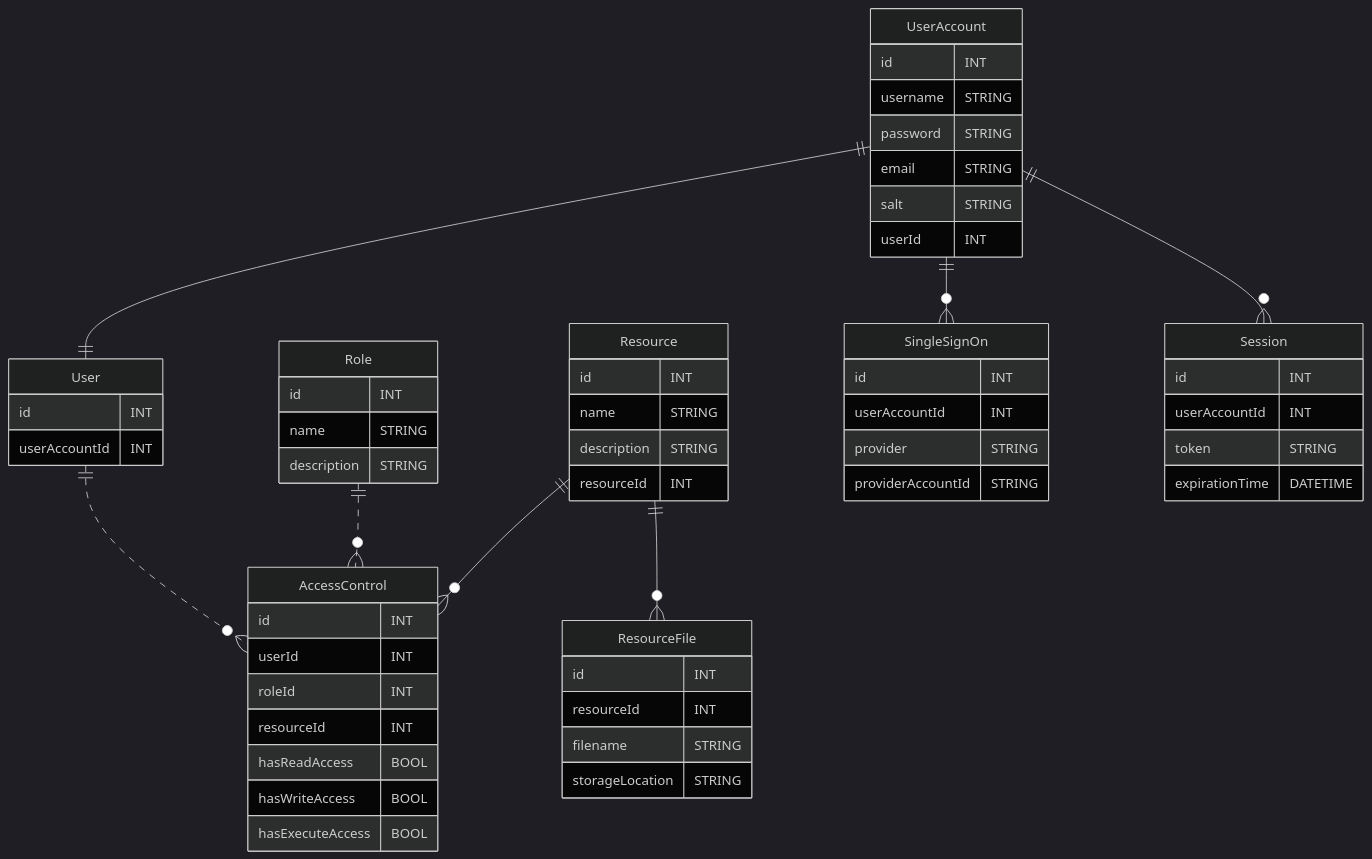
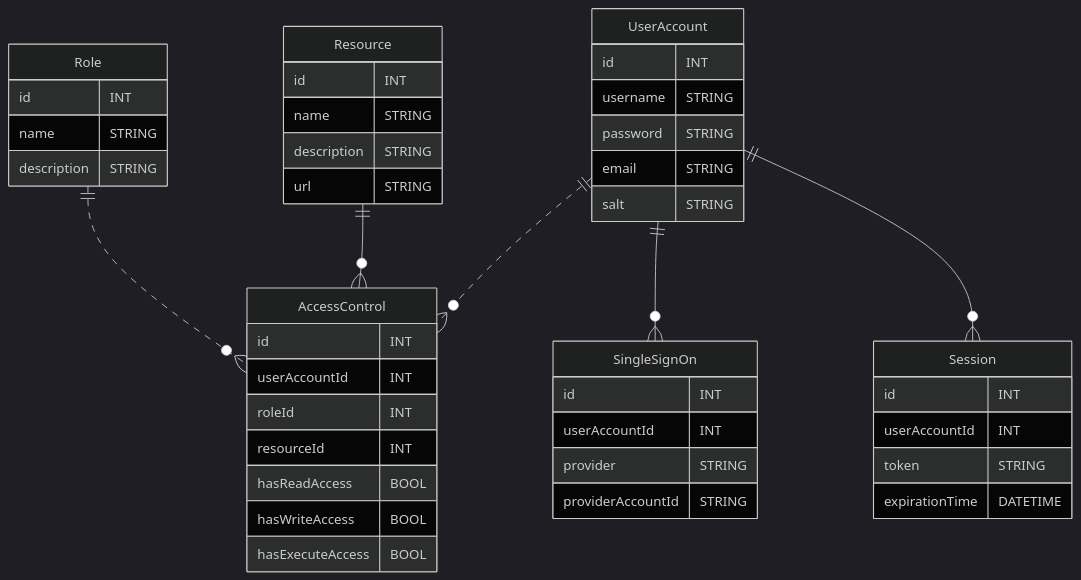
One commit to karekauan/communiserve changed the diagram in acl/docs/data-model.md. Above: the diagram before and after it, drawn with Mermaid (dark theme).

Commit message:
docs: improve data model

````diff
--- a/acl/docs/data-model.md
+++ b/acl/docs/data-model.md
@@ -1,68 +1,53 @@
 ```mermaid
 erDiagram
-  User {
-    id INT
-    userAccountId INT
-  }
-
   UserAccount {
     id INT
     username STRING
     password STRING
     email STRING
     salt STRING
-    userId INT
   }
 
   Role {
     id INT
     name STRING
     description STRING
   }
 
   Resource {
     id INT
     name STRING
     description STRING
-    resourceId INT
+    url STRING
   }
 
   AccessControl {
     id INT
-    userId INT 
+    userAccountId INT 
     roleId INT
     resourceId INT
     hasReadAccess BOOL
     hasWriteAccess BOOL
     hasExecuteAccess BOOL
   }
 
   SingleSignOn {
     id INT
     userAccountId INT
     provider STRING
     providerAccountId STRING
   }
 
   Session {
     id INT
     userAccountId INT
     token STRING
     expirationTime DATETIME
   }
 
-  ResourceFile {
-    id INT
-    resourceId INT
-    filename STRING
-    storageLocation STRING
-  }
-
-  UserAccount ||--|| User : ""
-  User ||..o{ AccessControl : ""
+  UserAccount ||..o{ AccessControl : ""
   Role ||..o{ AccessControl : ""
   Resource ||--o{ AccessControl : ""
   UserAccount ||--o{ SingleSignOn : ""
   UserAccount ||--o{ Session : ""
-  Resource ||--o{ ResourceFile : ""
 ```
````
